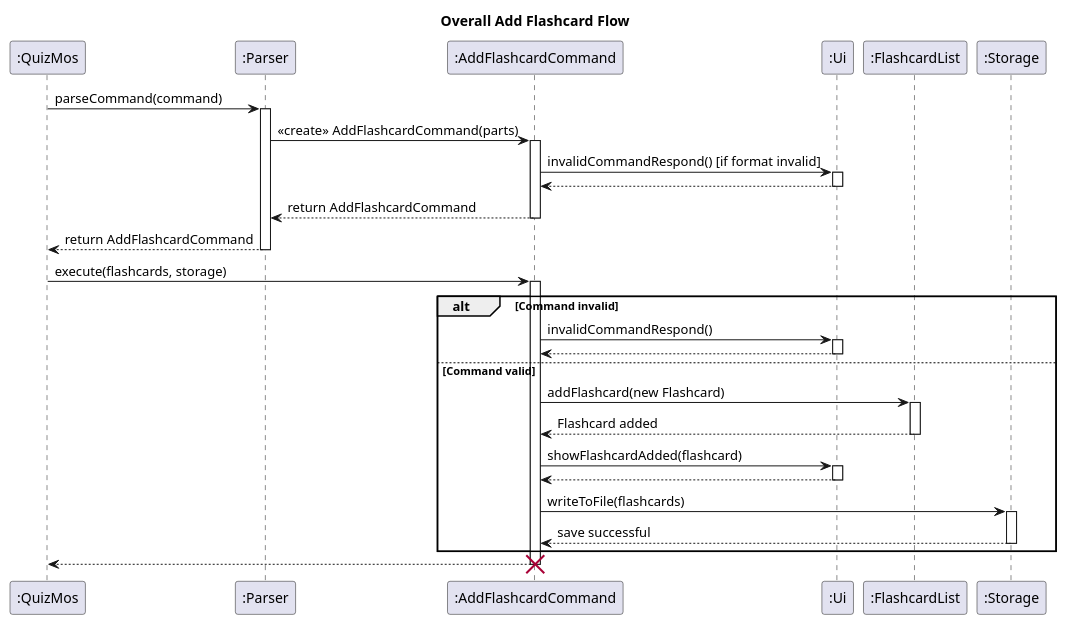
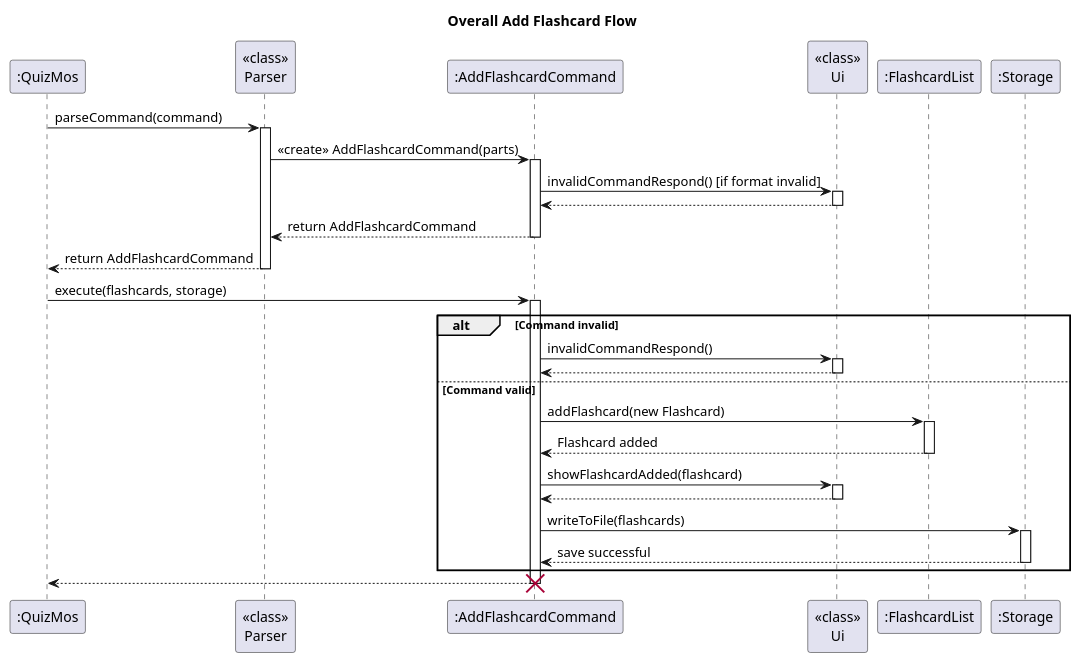
Before and after one commit to ashutoshalung/tp: the diagram in docs/diagrams/AddFlashcardFeature_Overall.puml, drawn with PlantUML. The commit also changed 12 other files, not shown here.

Commit message:
Final version of DG diagrams

```diff
--- a/docs/diagrams/AddFlashcardFeature_Overall.puml
+++ b/docs/diagrams/AddFlashcardFeature_Overall.puml
@@ -1,60 +1,60 @@
 @startuml AddFeature_Overall
 
 title Overall Add Flashcard Flow
 
 skinparam sequenceReferenceBackgroundColor #7cb9e8
 
 participant ":QuizMos"
-participant ":Parser"
+participant "<<class>>\nParser"
 participant ":AddFlashcardCommand"
-participant ":Ui"
+participant "<<class>>\nUi"
 participant ":FlashcardList"
 participant ":Storage"
 
-":QuizMos" -> ":Parser": parseCommand(command)
-activate ":Parser"
+":QuizMos" -> "<<class>>\nParser": parseCommand(command)
+activate "<<class>>\nParser"
 
-":Parser" -> ":AddFlashcardCommand": <<create>> AddFlashcardCommand(parts)
+"<<class>>\nParser" -> ":AddFlashcardCommand": <<create>> AddFlashcardCommand(parts)
 activate ":AddFlashcardCommand"
 
-":AddFlashcardCommand" -> ":Ui": invalidCommandRespond() [if format invalid]
-activate ":Ui"
-":Ui" --> ":AddFlashcardCommand"
-deactivate ":Ui"
+":AddFlashcardCommand" -> "<<class>>\nUi": invalidCommandRespond() [if format invalid]
+activate "<<class>>\nUi"
+"<<class>>\nUi" --> ":AddFlashcardCommand"
+deactivate "<<class>>\nUi"
 
-":AddFlashcardCommand" --> ":Parser": return AddFlashcardCommand
+":AddFlashcardCommand" --> "<<class>>\nParser": return AddFlashcardCommand
 deactivate ":AddFlashcardCommand"
 
-":Parser" --> ":QuizMos": return AddFlashcardCommand
-deactivate ":Parser"
+"<<class>>\nParser" --> ":QuizMos": return AddFlashcardCommand
+deactivate "<<class>>\nParser"
 
 ":QuizMos" -> ":AddFlashcardCommand": execute(flashcards, storage)
 activate ":AddFlashcardCommand"
 
 alt Command invalid
-    ":AddFlashcardCommand" -> ":Ui": invalidCommandRespond()
-    activate ":Ui"
-    ":Ui" --> ":AddFlashcardCommand"
-    deactivate ":Ui"
+    ":AddFlashcardCommand" -> "<<class>>\nUi": invalidCommandRespond()
+    activate "<<class>>\nUi"
+    "<<class>>\nUi" --> ":AddFlashcardCommand"
+    deactivate "<<class>>\nUi"
 else Command valid
     ":AddFlashcardCommand" -> ":FlashcardList": addFlashcard(new Flashcard)
     activate ":FlashcardList"
     ":FlashcardList" --> ":AddFlashcardCommand": Flashcard added
     deactivate ":FlashcardList"
 
-    ":AddFlashcardCommand" -> ":Ui": showFlashcardAdded(flashcard)
-    activate ":Ui"
-    ":Ui" --> ":AddFlashcardCommand"
-    deactivate ":Ui"
+    ":AddFlashcardCommand" -> "<<class>>\nUi": showFlashcardAdded(flashcard)
+    activate "<<class>>\nUi"
+    "<<class>>\nUi" --> ":AddFlashcardCommand"
+    deactivate "<<class>>\nUi"
 
     ":AddFlashcardCommand" -> ":Storage": writeToFile(flashcards)
     activate ":Storage"
     ":Storage" --> ":AddFlashcardCommand": save successful
     deactivate ":Storage"
 end
 
 ":AddFlashcardCommand" --> ":QuizMos"
 deactivate ":AddFlashcardCommand"
 destroy ":AddFlashcardCommand"
 
 @enduml
```
